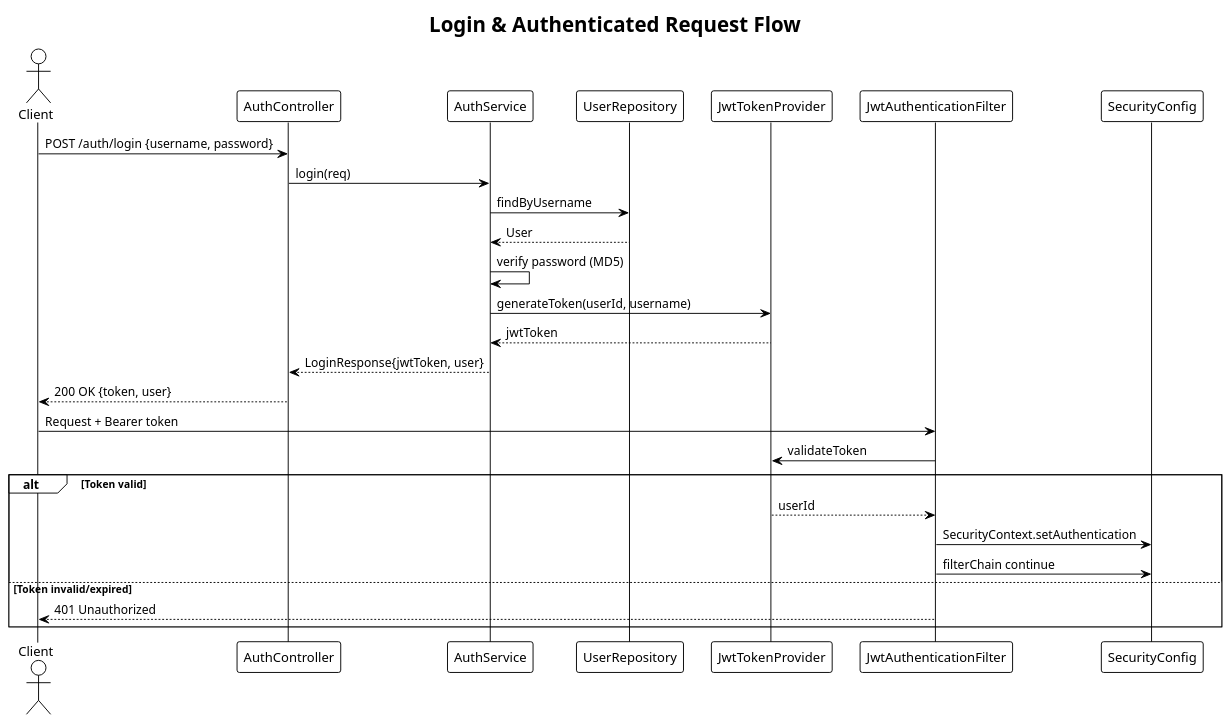
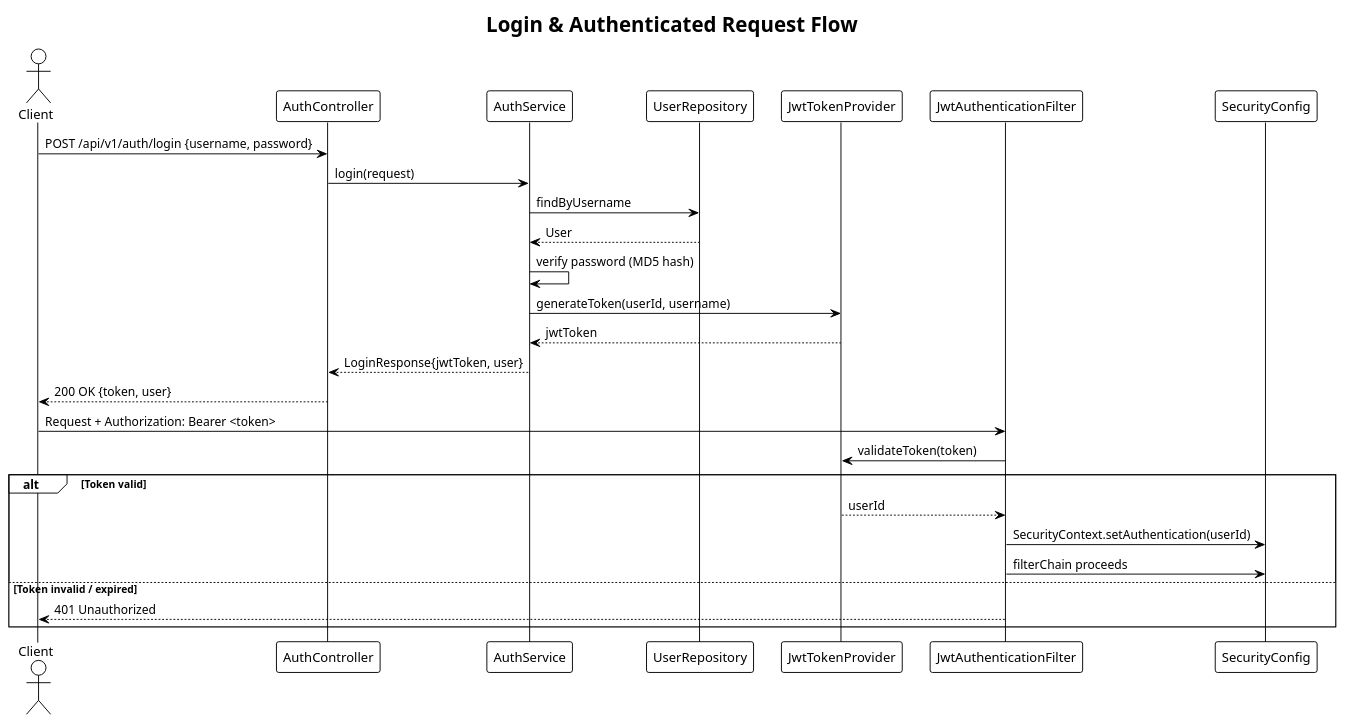
The fourth of 11 diagrams in docs/OOD.md (jcwhmn/bookkeeping), drawn with PlantUML before and after one commit. The commit also changed other lines of this file, not shown here.

First line of the commit message:
fix(docs): rewrite OOD diagrams — fix PlantUML parse errors

````diff
--- a/docs/OOD.md
+++ b/docs/OOD.md
@@ -314,38 +313,38 @@
 ```plantuml
 @startuml
 !theme plain
 
 title Login & Authenticated Request Flow
 
 actor Client
 participant "AuthController" as AC
 participant "AuthService" as AS
 participant "UserRepository" as UR
 participant "JwtTokenProvider" as JTP
 participant "JwtAuthenticationFilter" as JAF
 participant "SecurityConfig" as SC
 
-'=== Login ===
-Client -> AC : POST /auth/login {username, password}
-AC -> AS : login(req)
+' Login flow
+Client -> AC : POST /api/v1/auth/login {username, password}
+AC -> AS : login(request)
 AS -> UR : findByUsername
 UR --> AS : User
-AS -> AS : verify password (MD5)
+AS -> AS : verify password (MD5 hash)
 AS -> JTP : generateToken(userId, username)
 JTP --> AS : jwtToken
 AS --> AC : LoginResponse{jwtToken, user}
 AC --> Client : 200 OK {token, user}
 
-'=== Authenticated Request ===
-Client -> JAF : Request + Bearer token
-JAF -> JTP : validateToken
+' Authenticated request flow
+Client -> JAF : Request + Authorization: Bearer <token>
+JAF -> JTP : validateToken(token)
 alt Token valid
     JTP --> JAF : userId
-    JAF -> SC : SecurityContext.setAuthentication
-    JAF -> SC : filterChain continue
-else Token invalid/expired
+    JAF -> SC : SecurityContext.setAuthentication(userId)
+    JAF -> SC : filterChain proceeds
+else Token invalid / expired
     JAF --> Client : 401 Unauthorized
 end
 
 @enduml
 ```
````
